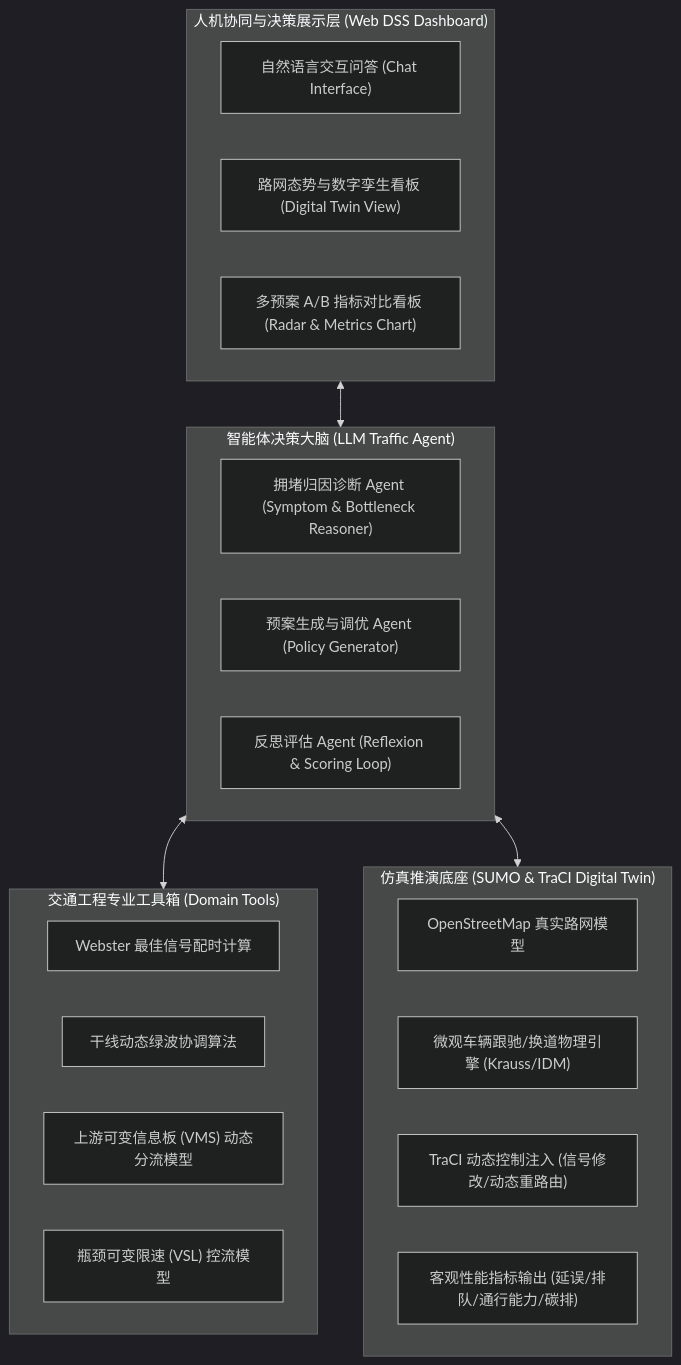
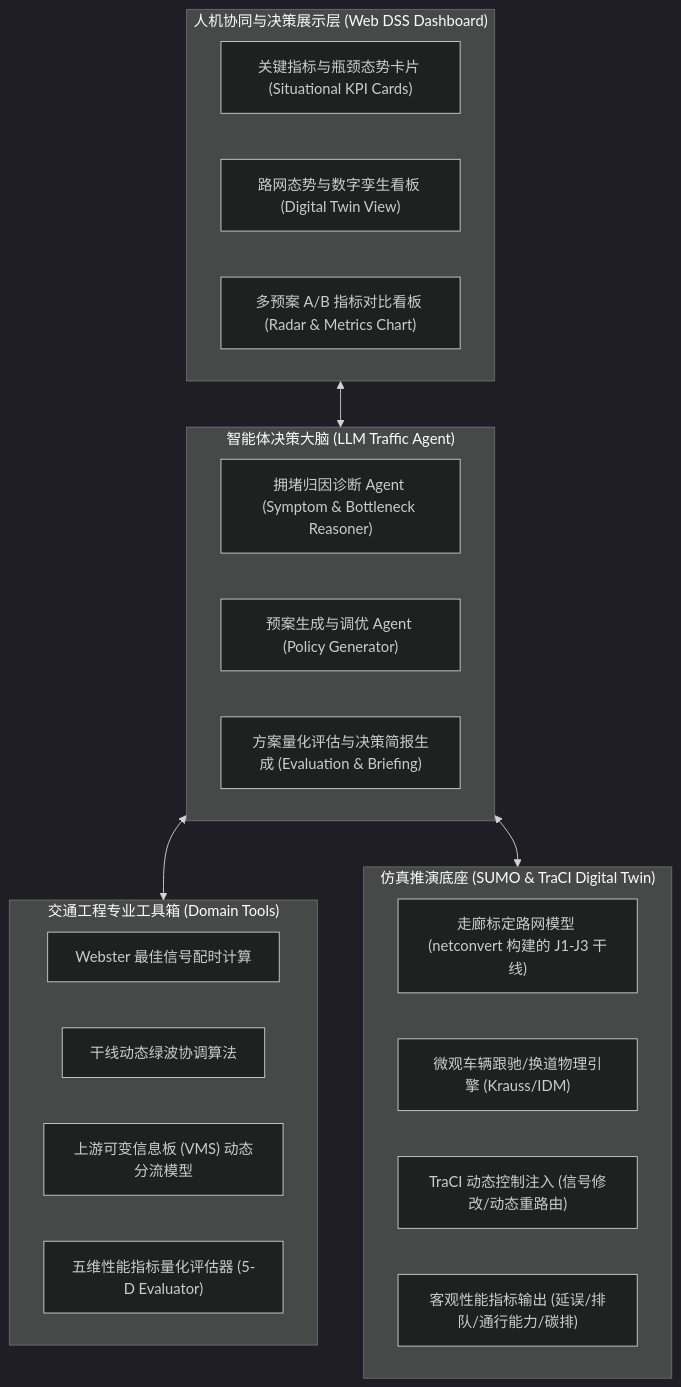
Before and after one commit to zhutmg00-eng/TrafficAgent-DSS: the diagram in README.md, drawn with Mermaid (dark theme). The commit also changed other lines of this file and 13 other files, not shown here.

````diff
--- a/README.md
+++ b/README.md
@@ -33,32 +33,32 @@
 ```mermaid
 flowchart TB
     subgraph UI ["人机协同与决策展示层 (Web DSS Dashboard)"]
-        A1["自然语言交互问答 (Chat Interface)"]
+        A1["关键指标与瓶颈态势卡片 (Situational KPI Cards)"]
         A2["路网态势与数字孪生看板 (Digital Twin View)"]
         A3["多预案 A/B 指标对比看板 (Radar & Metrics Chart)"]
     end
 
     subgraph AgentCore ["智能体决策大脑 (LLM Traffic Agent)"]
         B1["拥堵归因诊断 Agent (Symptom & Bottleneck Reasoner)"]
         B2["预案生成与调优 Agent (Policy Generator)"]
-        B3["反思评估 Agent (Reflexion & Scoring Loop)"]
+        B3["方案量化评估与决策简报生成 (Evaluation & Briefing)"]
     end
 
     subgraph Tools ["交通工程专业工具箱 (Domain Tools)"]
         C1["Webster 最佳信号配时计算"]
         C2["干线动态绿波协调算法"]
         C3["上游可变信息板 (VMS) 动态分流模型"]
-        C4["瓶颈可变限速 (VSL) 控流模型"]
+        C4["五维性能指标量化评估器 (5-D Evaluator)"]
     end
 
     subgraph Simulation ["仿真推演底座 (SUMO & TraCI Digital Twin)"]
-        D1["OpenStreetMap 真实路网模型"]
+        D1["走廊标定路网模型 (netconvert 构建的 J1-J3 干线)"]
         D2["微观车辆跟驰/换道物理引擎 (Krauss/IDM)"]
         D3["TraCI 动态控制注入 (信号修改/动态重路由)"]
         D4["客观性能指标输出 (延误/排队/通行能力/碳排)"]
     end
 
     UI <--> AgentCore
     AgentCore <--> Tools
     AgentCore <--> Simulation
 ```
````
